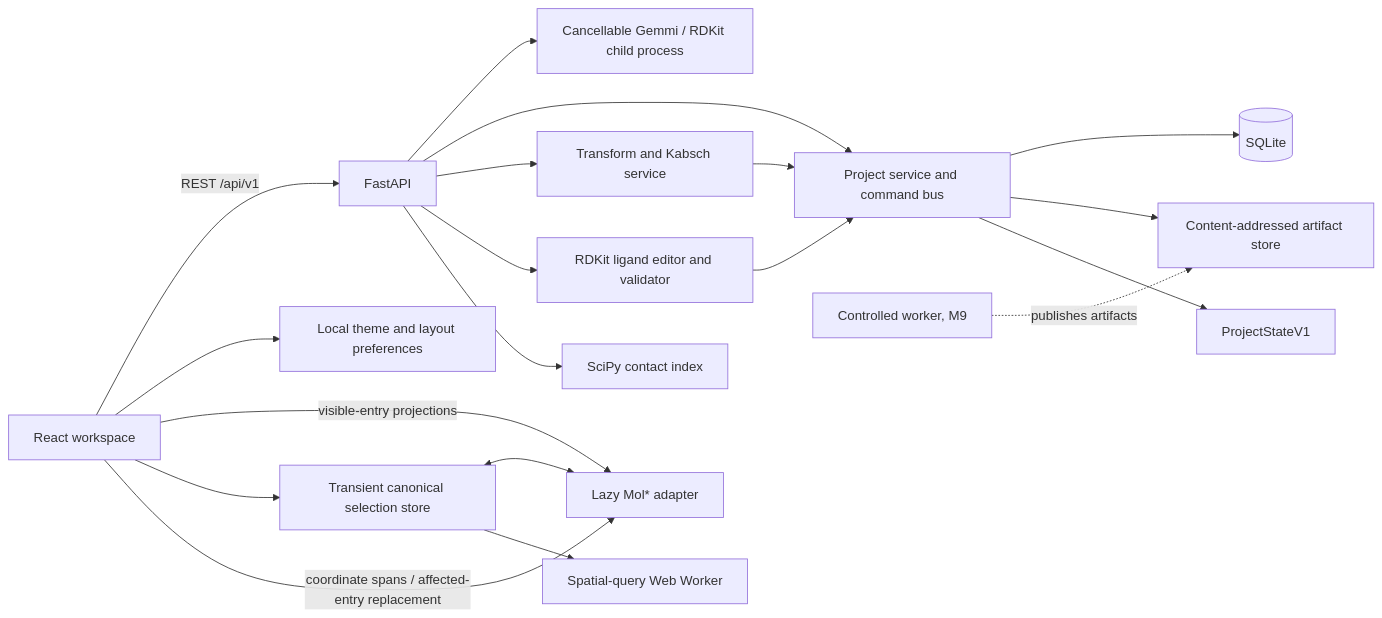
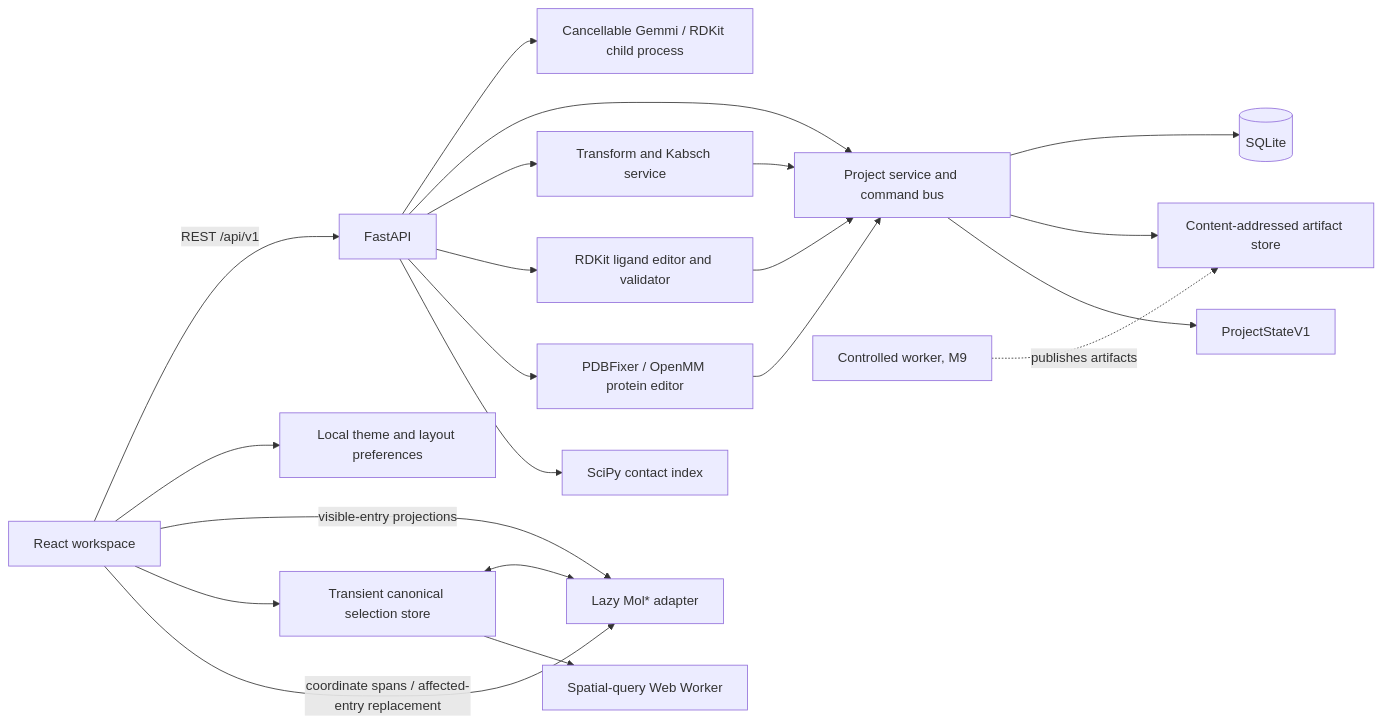
The diagram in README.md (ManuelSe/Neistra), drawn with Mermaid before and after one commit. The commit also changed other lines of this file and 3 other files, not shown here.

````diff
--- a/README.md
+++ b/README.md
@@ -48,21 +48,23 @@
 ```mermaid
 flowchart LR
     UI[React workspace] -->|REST /api/v1| API[FastAPI]
     UI --> PREFS[Local theme and layout preferences]
     API --> PARSE[Cancellable Gemmi / RDKit child process]
     API --> PS[Project service and command bus]
     API --> COORD[Transform and Kabsch service]
     API --> EDIT[RDKit ligand editor and validator]
+    API --> PEDIT[PDBFixer / OpenMM protein editor]
     COORD --> PS
     EDIT --> PS
+    PEDIT --> PS
     PS --> DB[(SQLite)]
     PS --> ART[Content-addressed artifact store]
     PS --> STATE[ProjectStateV1]
     UI -->|visible-entry projections| VIEWER[Lazy Mol* adapter]
     UI --> SELECT[Transient canonical selection store]
     SELECT <--> VIEWER
     SELECT --> WORKER[Spatial-query Web Worker]
     UI -->|coordinate spans / affected-entry replacement| VIEWER
     API --> CONTACTS[SciPy contact index]
     JOBS[Controlled worker, M9] -. publishes artifacts .-> ART
 ```
````
